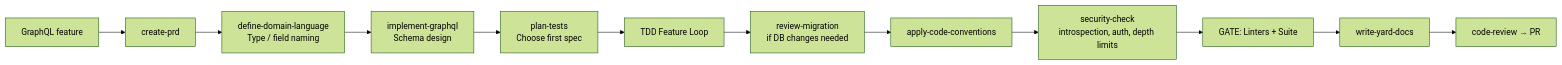
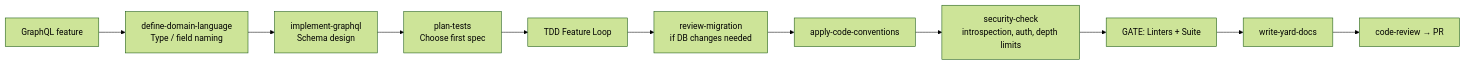
Before and after one commit to igmarin/rails-agent-skills: diagram 12 of 16 in docs/agent-guide.md, drawn with Mermaid (forest theme). The commit also changed other lines of this file and 120 other files, not shown here.

````diff
--- a/docs/agent-guide.md
+++ b/docs/agent-guide.md
@@ -569,14 +538,13 @@
 ```mermaid
 flowchart LR
-    A[GraphQL feature] --> B[create-prd]
-    B --> C[define-domain-language\nType / field naming]
+    A[GraphQL feature] --> C[define-domain-language\nType / field naming]
     C --> D[implement-graphql\nSchema design]
     D --> E[plan-tests\nChoose first spec]
     E --> F[TDD Feature Loop]
     F --> G[review-migration\nif DB changes needed]
     G --> H[apply-code-conventions]
     H --> I[security-check\nintrospection, auth, depth limits]
     I --> J["GATE: Linters + Suite"]
     J --> K[write-yard-docs]
     K --> L[code-review → PR]
 ```
````
